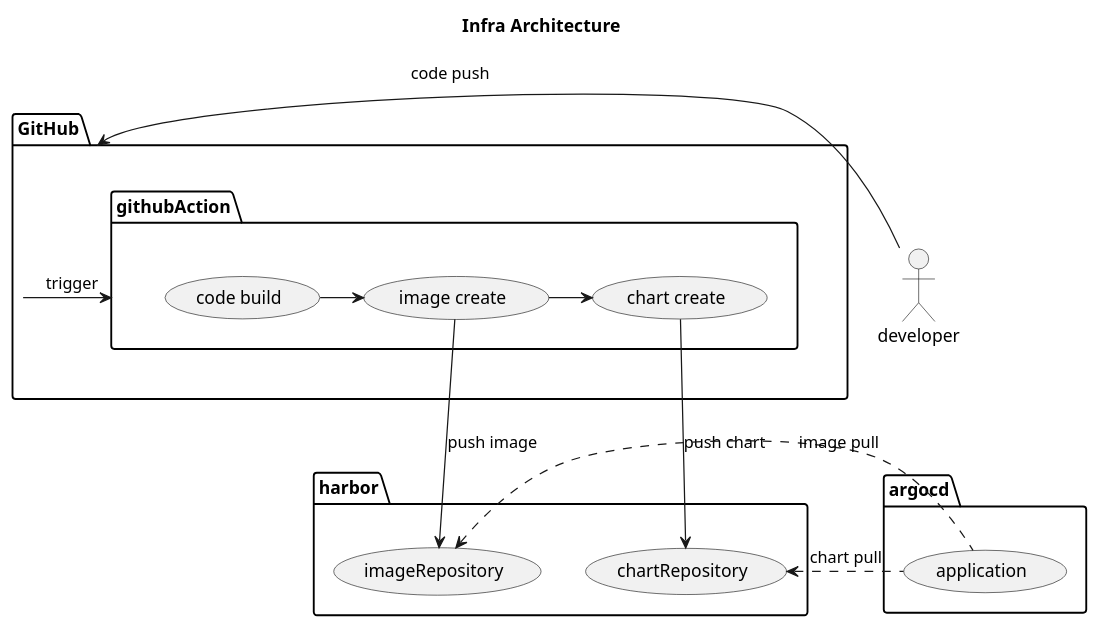
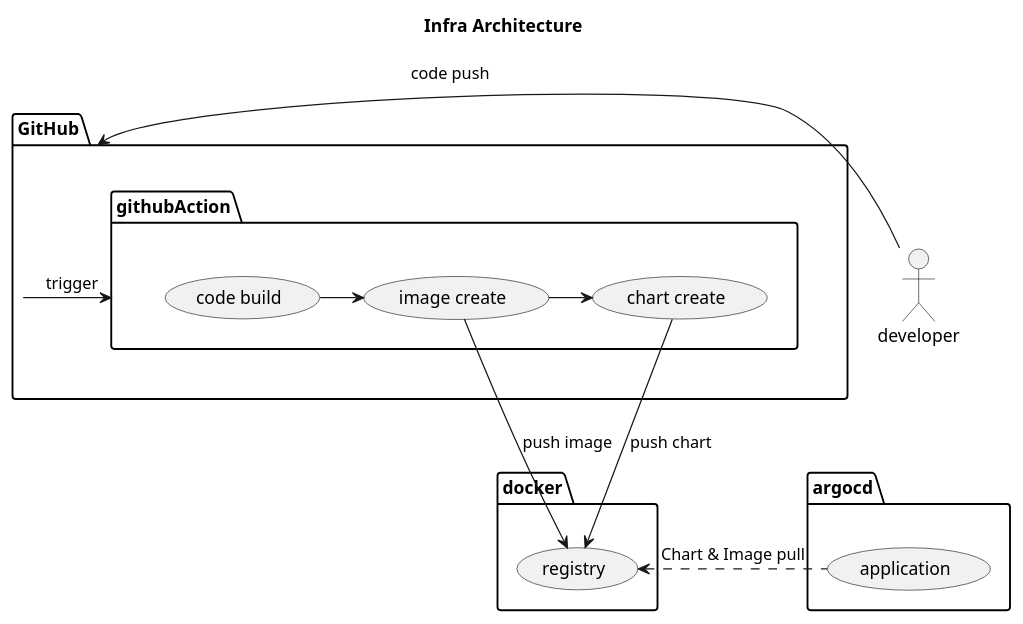
Before and after one commit to dykim-base-project/boot2-hexagonal: the diagram in .uml/00_Infra/architecture.puml, drawn with PlantUML. The commit also changed 8 other files, not shown here.

Commit message:
feat: 이미지 빌드 & 도커 레지스트리 푸시 워크플로우 추가

```diff
--- a/.uml/00_Infra/architecture.puml
+++ b/.uml/00_Infra/architecture.puml
@@ -1,34 +1,32 @@
 @startuml
 'https://plantuml.com/use-case-diagram
 
 title Infra Architecture
 
 actor developer
 
-package harbor as harbor {
-  (imageRepository) as imageRepository
-  (chartRepository) as chartRepository
+package docker as docker {
+  (registry) as registry
 }
 
 package argocd as argocd {
   (application) as application
 }
 
 package GitHub as GitHub {
   package githubAction as githubAction {
     (code build) as codeBuild
     (image create) as imageCreate
     (chart create) as chartCreate
   }
 }
 
 GitHub <- developer: code push
 GitHub -> githubAction: trigger
 codeBuild -> imageCreate
-imageCreate -> imageRepository: push image
+imageCreate -> registry: push image
 imageCreate -> chartCreate
-chartCreate --> chartRepository: push chart
-chartRepository <. application: chart pull
-imageRepository <. application: image pull
+chartCreate --> registry: push chart
+registry <. application: Chart & Image pull
 
 @enduml
```
